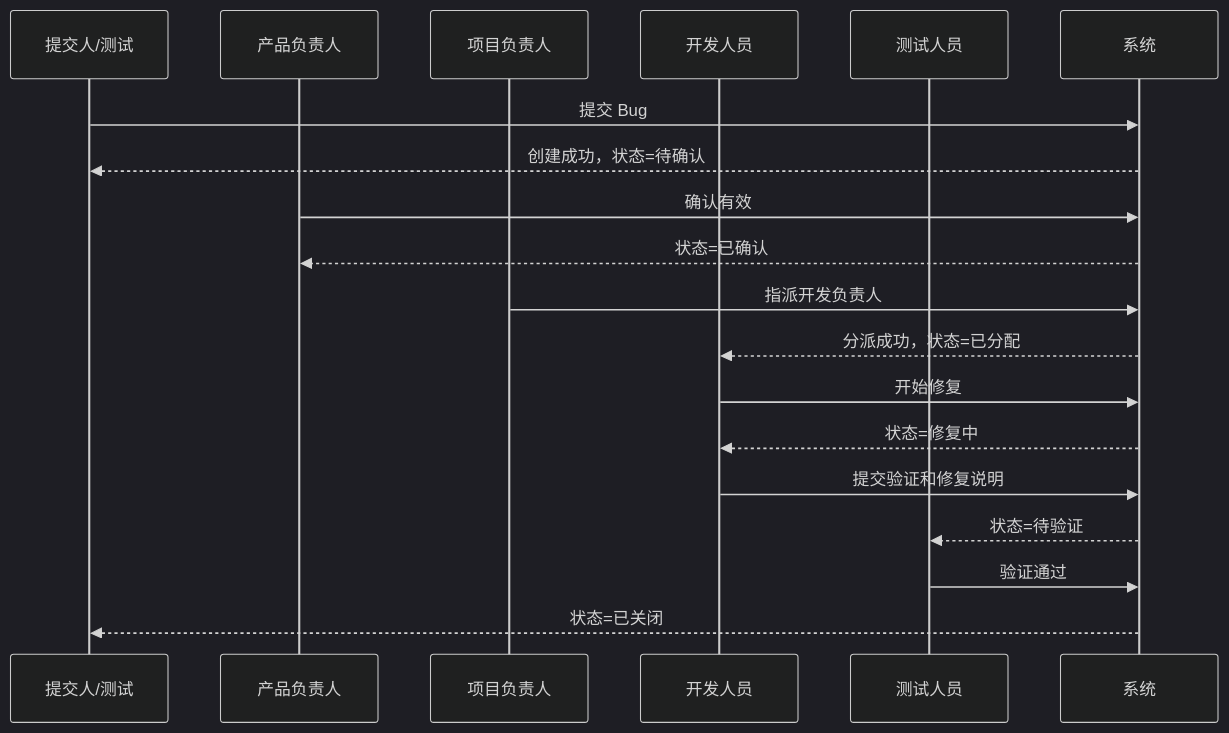
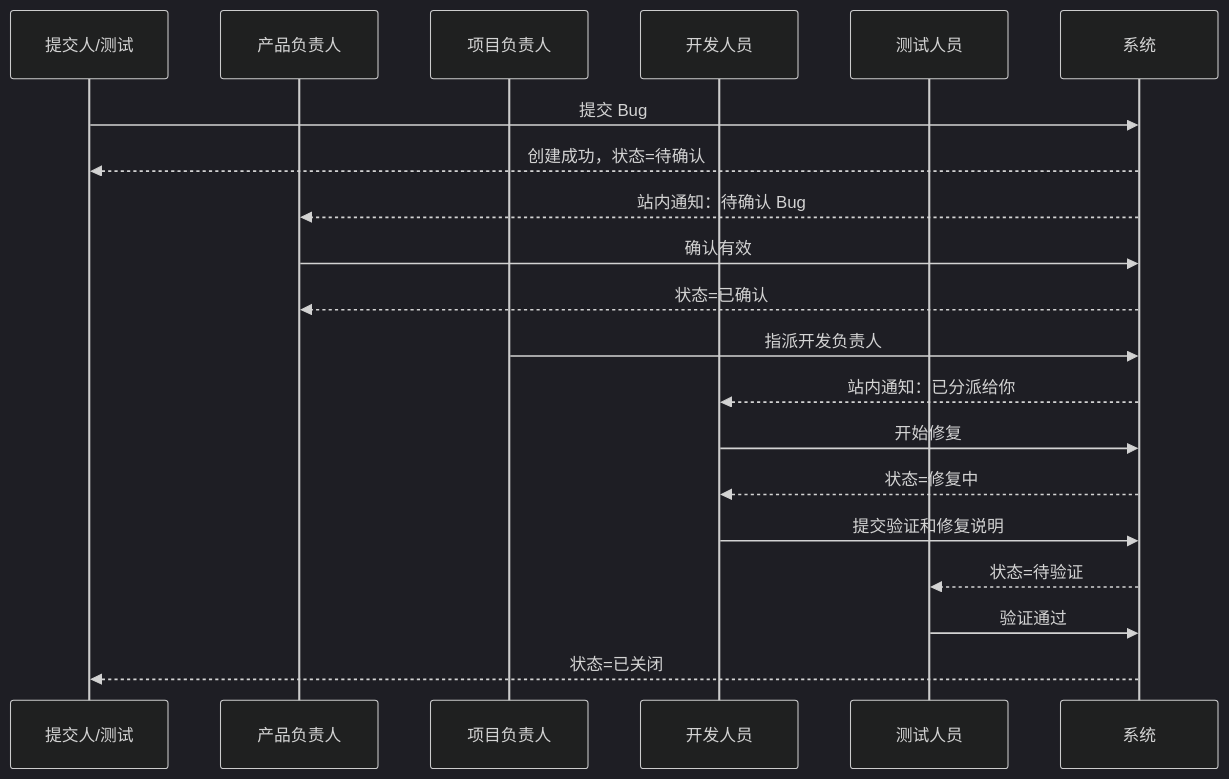
One commit to gitYelm/promanage changed the tenth of 10 diagrams in docs/架构文档/业务流程图.md. Above: the diagram before and after it, drawn with Mermaid (dark theme). The commit also changed other lines of this file and 11 other files, not shown here.

````diff
--- a/docs/架构文档/业务流程图.md
+++ b/docs/架构文档/业务流程图.md
@@ -293,22 +293,23 @@
 ```mermaid
 sequenceDiagram
   participant S as 提交人/测试
   participant P as 产品负责人
   participant O as 项目负责人
   participant D as 开发人员
   participant T as 测试人员
   participant SYS as 系统
 
   S->>SYS: 提交 Bug
   SYS-->>S: 创建成功，状态=待确认
+  SYS-->>P: 站内通知：待确认 Bug
   P->>SYS: 确认有效
   SYS-->>P: 状态=已确认
   O->>SYS: 指派开发负责人
-  SYS-->>D: 分派成功，状态=已分配
+  SYS-->>D: 站内通知：已分派给你
   D->>SYS: 开始修复
   SYS-->>D: 状态=修复中
   D->>SYS: 提交验证和修复说明
   SYS-->>T: 状态=待验证
   T->>SYS: 验证通过
   SYS-->>S: 状态=已关闭
 ```
````
